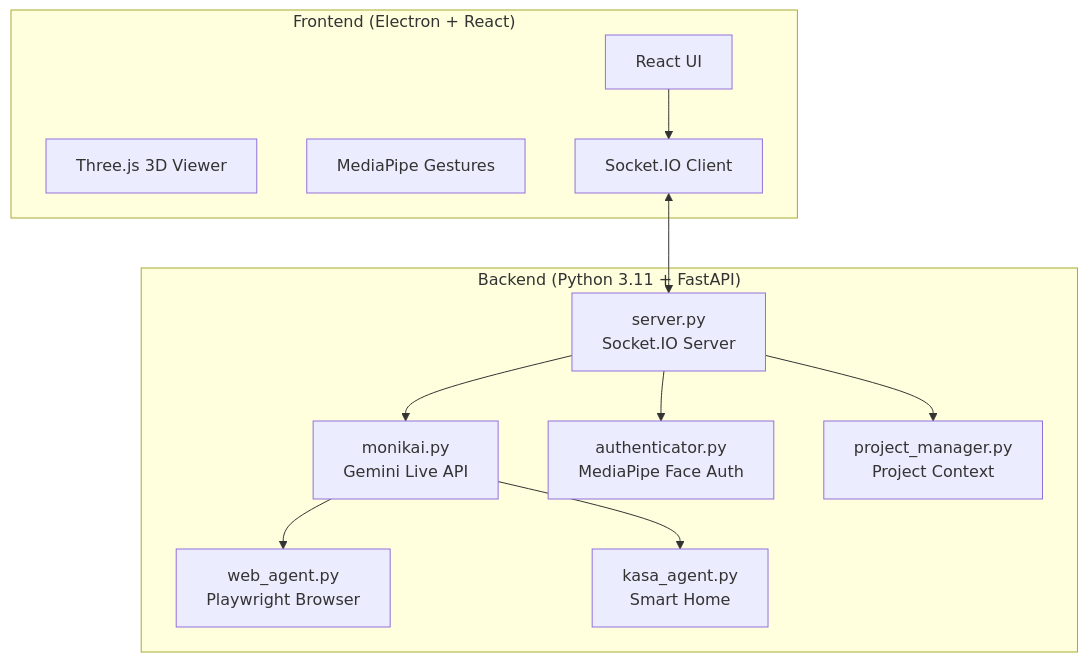
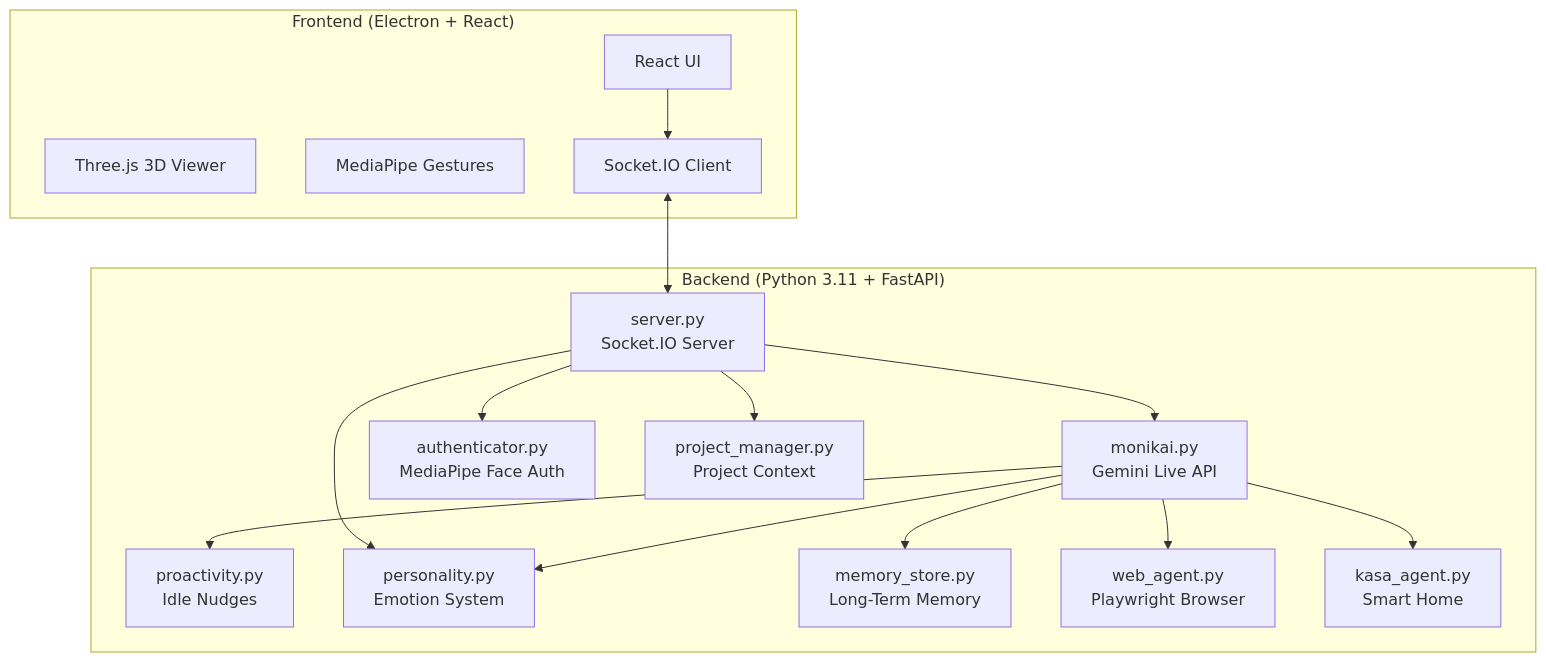
The diagram in README.md (xtosutosu/monikai), drawn with Mermaid before and after one commit. The commit also changed other lines of this file, not shown here.

````diff
--- a/README.md
+++ b/README.md
@@ -64,26 +70,33 @@
 ```mermaid
 graph TB
     subgraph Frontend ["Frontend (Electron + React)"]
         UI[React UI]
         THREE[Three.js 3D Viewer]
         GESTURE[MediaPipe Gestures]
         SOCKET_C[Socket.IO Client]
     end
     
     subgraph Backend ["Backend (Python 3.11 + FastAPI)"]
         SERVER[server.py<br/>Socket.IO Server]
         MonikAI[monikai.py<br/>Gemini Live API]
+        PROACT[proactivity.py<br/>Idle Nudges]
+        PERS[personality.py<br/>Emotion System]
+        MEM[memory_store.py<br/>Long-Term Memory]
         WEB[web_agent.py<br/>Playwright Browser]
         KASA[kasa_agent.py<br/>Smart Home]
         AUTH[authenticator.py<br/>MediaPipe Face Auth]
         PM[project_manager.py<br/>Project Context]
     end
     
     UI --> SOCKET_C
     SOCKET_C <--> SERVER
     SERVER --> MonikAI
+    SERVER --> PERS
     MonikAI --> WEB
     MonikAI --> KASA
+    MonikAI --> PROACT
+    MonikAI --> PERS
+    MonikAI --> MEM
     SERVER --> AUTH
     SERVER --> PM
 ```
````
